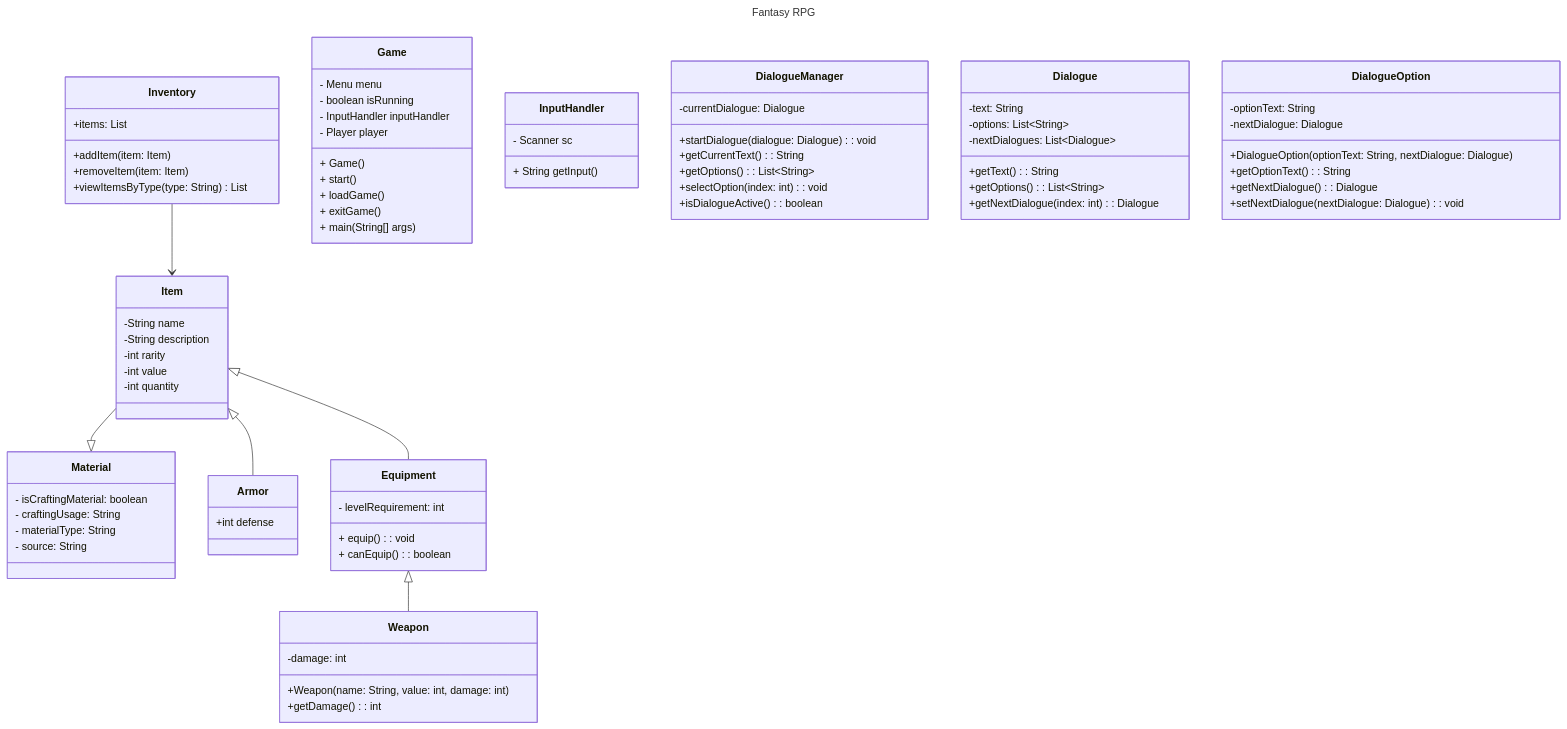
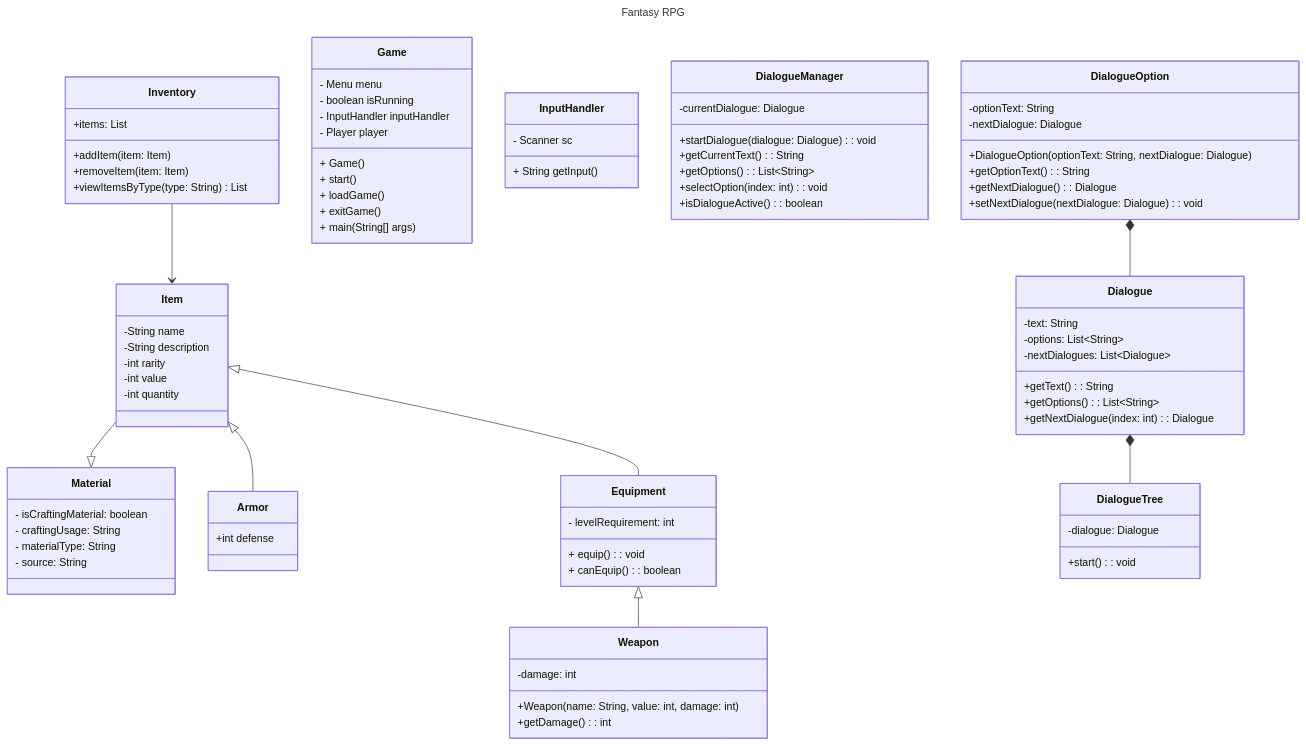
The diagram in wiki/Class-Diagram.md (pacalso-jjc/2425-2nd-cc3-1b-rpg), drawn with Mermaid before and after one commit.

Commit message:
Added DialogueTree Class Diagram

```diff
--- a/wiki/Class-Diagram.md
+++ b/wiki/Class-Diagram.md
@@ -44,8 +44,6 @@
         + String getInput()
     }
 
-
-
     class DialogueManager {
         -currentDialogue: Dialogue
         +startDialogue(dialogue: Dialogue): void
@@ -55,6 +53,13 @@
         +isDialogueActive(): boolean
     } 
 
+    Dialogue *-- DialogueTree 
+    class DialogueTree{
+        -dialogue: Dialogue
+        +start(): void
+    }
+
+    DialogueOption *-- Dialogue
     class Dialogue {
         -text: String
         -options: List~String~
```
